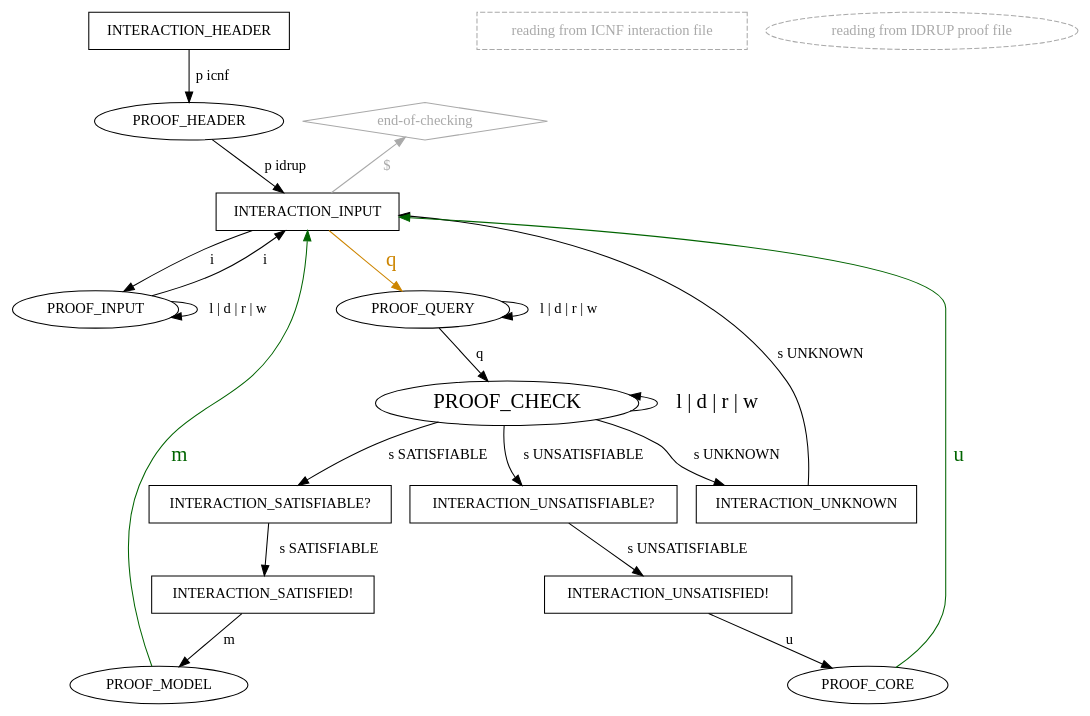
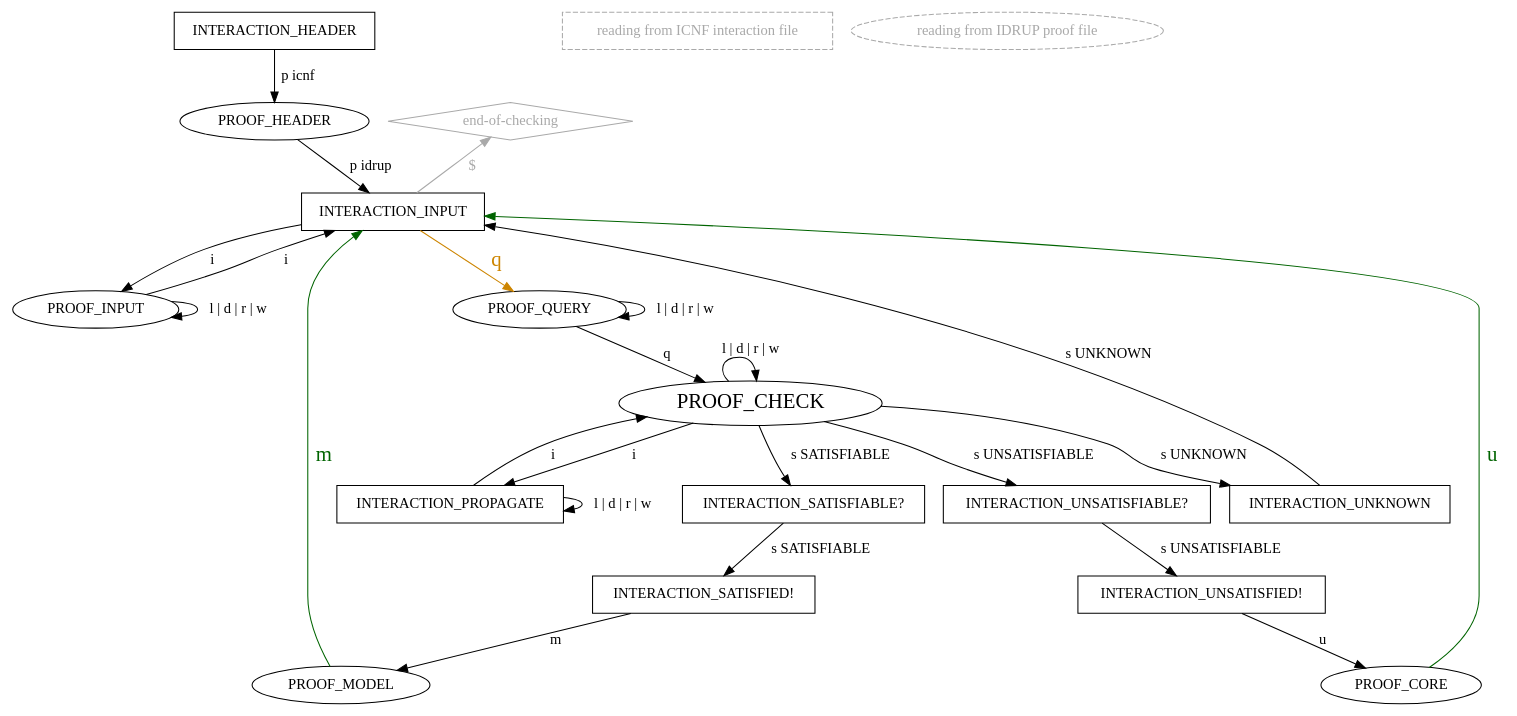
The diagram in lidrup-check-really-pedantic.dot (arminbiere/lidrup-check), drawn with Graphviz before and after one commit. The commit also changed 11 other files, not shown here.

```diff
--- a/lidrup-check-really-pedantic.dot
+++ b/lidrup-check-really-pedantic.dot
@@ -1,51 +1,55 @@
 digraph "idrup-check" {
 
   INTERACTION_HEADER [shape=box];
-  INTERACTION_HEADER -> PROOF_HEADER [label=" p icnf",weight=2];
+  INTERACTION_HEADER -> PROOF_HEADER [label=" p icnf"];
 
   empty_legend1 [label="                     ",style=invis]
   icnf_legend
   [shape=box,color=darkgray,fontcolor=darkgray,style=dashed,label="reading from ICNF interaction file"]
-  //empty_legend2 [label="      ",style=invis]
   idrup_legend
   [style=dashed,color=darkgray,fontcolor=darkgray,label="reading from IDRUP proof file"]
 
   "end-of-checking" [shape=diamond,color=darkgray,fontcolor=darkgray];
    "end-of-checking" -> INTERACTION_INPUT [label="  $    ",dir=back,fontcolor=darkgray,color=darkgray];
 
   PROOF_HEADER -> INTERACTION_INPUT [label=" p idrup"]
 
   INTERACTION_INPUT [shape=box];
-  INTERACTION_INPUT -> PROOF_INPUT [label=" i ",weight=2];
-  INTERACTION_INPUT -> PROOF_QUERY [label=" q ",weight=2,color=orange3,fontsize=20,fontcolor=orange3];
+  INTERACTION_INPUT -> PROOF_INPUT [label=" i "];
+  INTERACTION_INPUT -> PROOF_QUERY [label=" q ",color=orange3,fontsize=20,fontcolor=orange3];
 
-  PROOF_INPUT -> INTERACTION_INPUT [label=" i ",weight=3];
+  PROOF_INPUT -> INTERACTION_INPUT [label=" i "];
   PROOF_INPUT -> PROOF_INPUT [label=" l | d | r | w"];
 
   PROOF_QUERY -> PROOF_CHECK [label=" q "];
   PROOF_QUERY -> PROOF_QUERY [label=" l | d | r | w"];
 
   PROOF_CHECK [fontsize=20];
-  PROOF_CHECK -> PROOF_CHECK [label=" l | d | r | w ",dir=back,fontsize=20];
+  PROOF_CHECK:_ -> PROOF_CHECK:nw [label=" l | d | r | w ",dir=back];
   PROOF_CHECK -> INTERACTION_SATISFIABLE [label=" s SATISFIABLE "];
   PROOF_CHECK -> INTERACTION_UNSATISFIABLE [label=" s UNSATISFIABLE "];
-  PROOF_CHECK -> INTERACTION_UNKNOWN [label=" s UNKNOWN ",weight=2];
+  PROOF_CHECK -> INTERACTION_UNKNOWN [label=" s UNKNOWN "];
+  PROOF_CHECK -> INTERACTION_PROPAGATE [label=" i "];
 
   INTERACTION_UNSATISFIABLE [shape="box",label="INTERACTION_UNSATISFIABLE?"];
   INTERACTION_UNSATISFIABLE -> INTERACTION_UNSATISFIED [label=" s UNSATISFIABLE "];
 
   INTERACTION_SATISFIABLE [shape="box",label="INTERACTION_SATISFIABLE?"];
   INTERACTION_SATISFIABLE -> INTERACTION_SATISFIED [label=" s SATISFIABLE "];
 
   INTERACTION_SATISFIED [shape=box,label="INTERACTION_SATISFIED!"];
   INTERACTION_SATISFIED -> PROOF_MODEL [label=" m "];
 
   INTERACTION_UNSATISFIED [shape=box,label="INTERACTION_UNSATISFIED!"];
   INTERACTION_UNSATISFIED -> PROOF_CORE [label=" u "];
 
   INTERACTION_UNKNOWN [shape=box];
-  INTERACTION_UNKNOWN -> INTERACTION_INPUT [label="s UNKNOWN",weight=2];
+  INTERACTION_UNKNOWN -> INTERACTION_INPUT [label="s UNKNOWN"];
+
+  INTERACTION_PROPAGATE [shape=box];
+  INTERACTION_PROPAGATE -> PROOF_CHECK [label=" i "];
+  INTERACTION_PROPAGATE -> INTERACTION_PROPAGATE [label=" l | d | r | w"];
 
   PROOF_MODEL -> INTERACTION_INPUT [label=" m ",color=darkgreen,fontsize=20,fontcolor=darkgreen];
   PROOF_CORE -> INTERACTION_INPUT [label=" u ",color=darkgreen,fontsize=20,fontcolor=darkgreen];
 }
```
